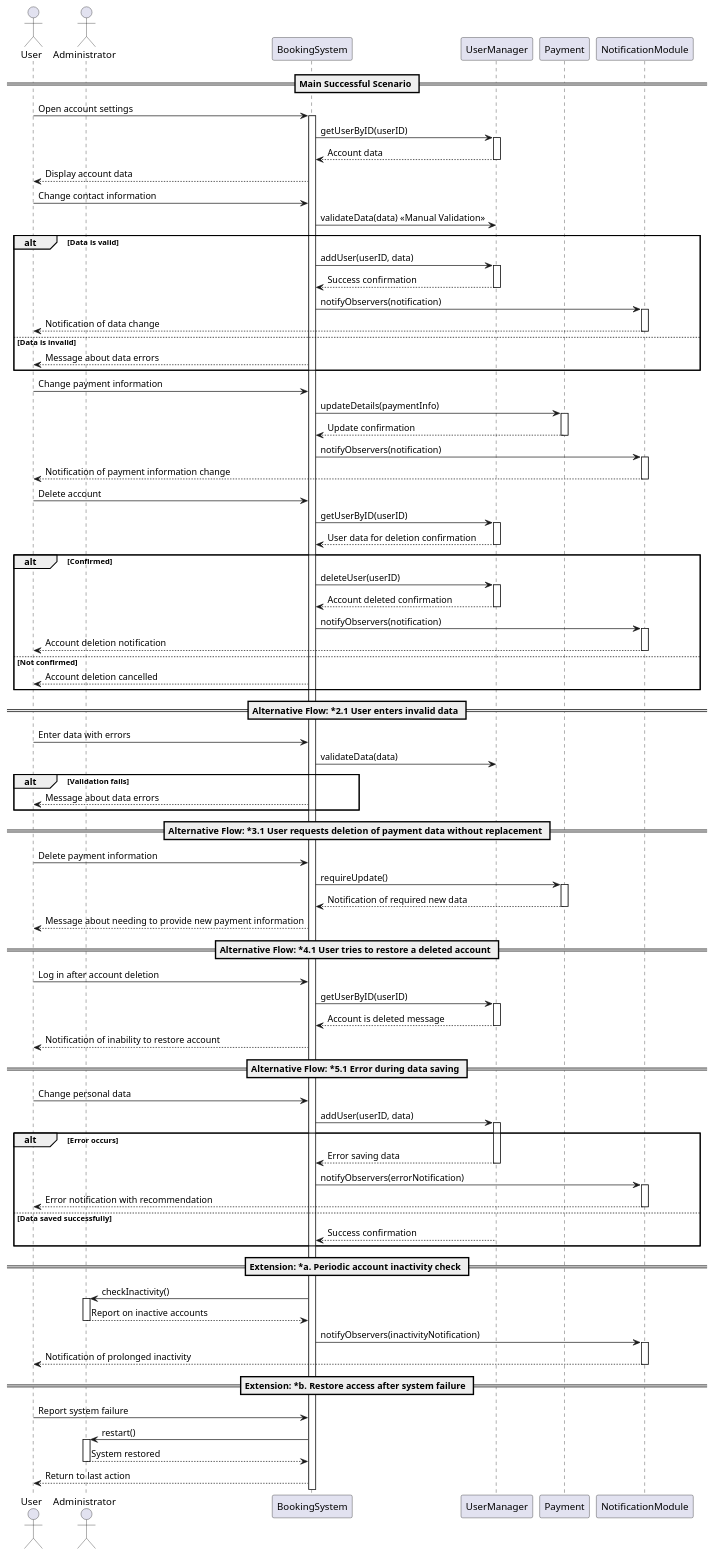
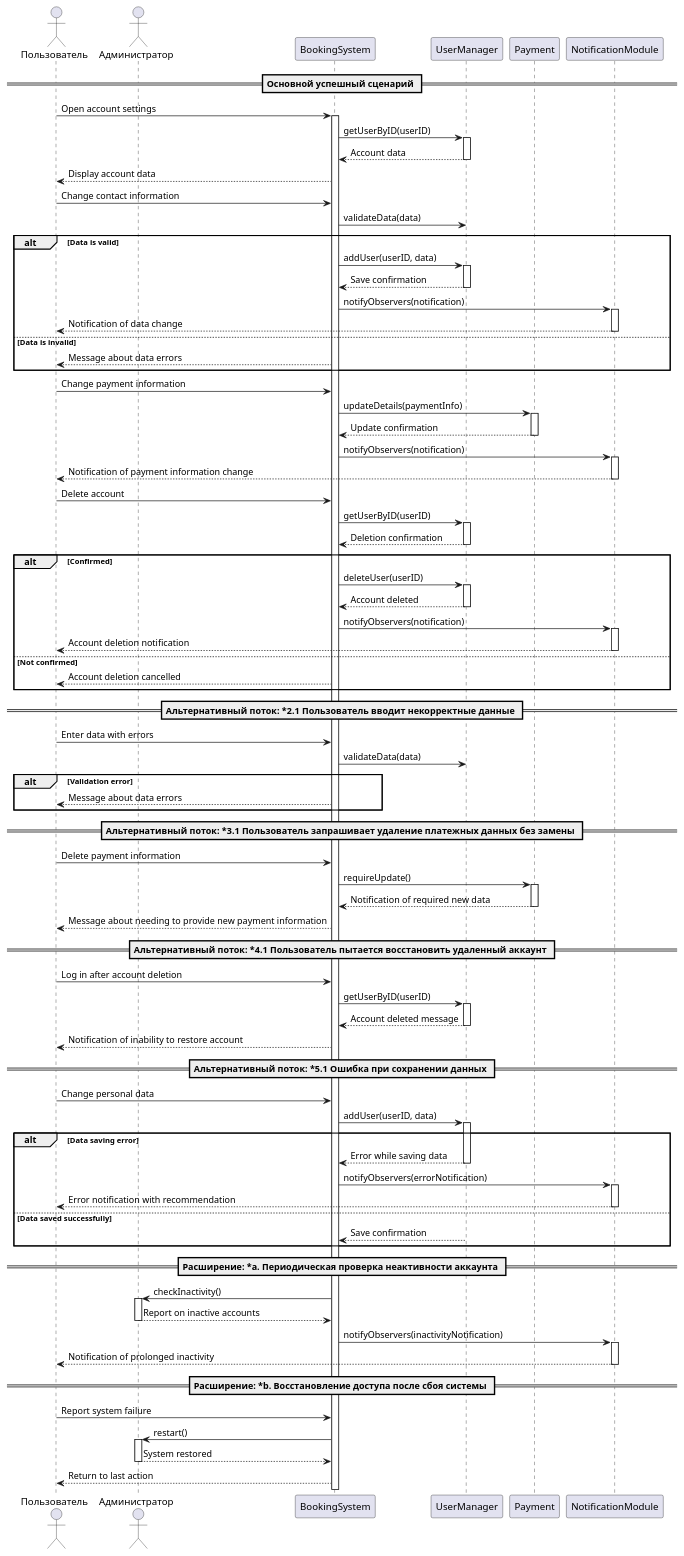
Before and after one commit to penamarth/bsbo-01-22_team4_var8: the diagram in precedents/AccountsManagement/SequenceDiagram.md, drawn with PlantUML.

Commit message:
translate sequence diagram

````diff
--- a/precedents/AccountsManagement/SequenceDiagram.md
+++ b/precedents/AccountsManagement/SequenceDiagram.md
@@ -1,15 +1,15 @@
 ```plantuml
 @startuml
 
-actor "User" as User
-actor "Administrator" as Admin
+actor "Пользователь" as User
+actor "Администратор" as Admin
 
 participant "BookingSystem" as System
 participant "UserManager" as UserManager
 participant "Payment" as Payment
 participant "NotificationModule" as Notifier
 
-== Main Successful Scenario ==
+== Основной успешный сценарий ==
 
 User -> System : Open account settings
 activate System
@@ -22,11 +22,11 @@
 System --> User : Display account data
 
 User -> System : Change contact information
-System -> UserManager : validateData(data) <<Manual Validation>> 
+System -> UserManager : validateData(data)
 alt Data is valid
     System -> UserManager : addUser(userID, data)
     activate UserManager
-    UserManager --> System : Success confirmation
+    UserManager --> System : Save confirmation
     deactivate UserManager
 
     System -> Notifier : notifyObservers(notification)
@@ -51,13 +51,13 @@
 User -> System : Delete account
 System -> UserManager : getUserByID(userID)
 activate UserManager
-UserManager --> System : User data for deletion confirmation
+UserManager --> System : Deletion confirmation
 deactivate UserManager
 
 alt Confirmed
     System -> UserManager : deleteUser(userID)
     activate UserManager
-    UserManager --> System : Account deleted confirmation
+    UserManager --> System : Account deleted
     deactivate UserManager
 
     System -> Notifier : notifyObservers(notification)
@@ -68,15 +68,15 @@
     System --> User : Account deletion cancelled
 end
 
-== Alternative Flow: *2.1 User enters invalid data ==
+== Альтернативный поток: *2.1 Пользователь вводит некорректные данные ==
 
 User -> System : Enter data with errors
 System -> UserManager : validateData(data)
-alt Validation fails
+alt Validation error
     System --> User : Message about data errors
 end
 
-== Alternative Flow: *3.1 User requests deletion of payment data without replacement ==
+== Альтернативный поток: *3.1 Пользователь запрашивает удаление платежных данных без замены ==
 
 User -> System : Delete payment information
 System -> Payment : requireUpdate()
@@ -86,23 +86,23 @@
 
 System --> User : Message about needing to provide new payment information
 
-== Alternative Flow: *4.1 User tries to restore a deleted account ==
+== Альтернативный поток: *4.1 Пользователь пытается восстановить удаленный аккаунт ==
 
 User -> System : Log in after account deletion
 System -> UserManager : getUserByID(userID)
 activate UserManager
-UserManager --> System : Account is deleted message
+UserManager --> System : Account deleted message
 deactivate UserManager
 
 System --> User : Notification of inability to restore account
 
-== Alternative Flow: *5.1 Error during data saving ==
+== Альтернативный поток: *5.1 Ошибка при сохранении данных ==
 
 User -> System : Change personal data
 System -> UserManager : addUser(userID, data)
 activate UserManager
-alt Error occurs
-    UserManager --> System : Error saving data
+alt Data saving error
+    UserManager --> System : Error while saving data
     deactivate UserManager
 
     System -> Notifier : notifyObservers(errorNotification)
@@ -110,11 +110,11 @@
     Notifier --> User : Error notification with recommendation
     deactivate Notifier
 else Data saved successfully
-    UserManager --> System : Success confirmation
+    UserManager --> System : Save confirmation
     deactivate UserManager
 end
 
-== Extension: *a. Periodic account inactivity check ==
+== Расширение: *a. Периодическая проверка неактивности аккаунта ==
 
 System -> Admin : checkInactivity()
 activate Admin
@@ -126,7 +126,7 @@
 Notifier --> User : Notification of prolonged inactivity
 deactivate Notifier
 
-== Extension: *b. Restore access after system failure ==
+== Расширение: *b. Восстановление доступа после сбоя системы ==
 
 User -> System : Report system failure
 System -> Admin : restart()
````
